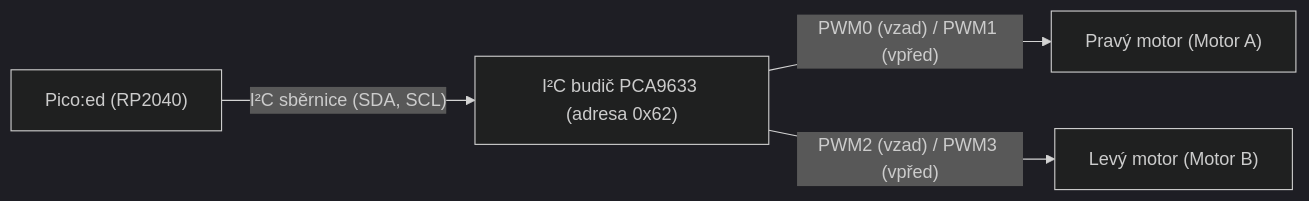
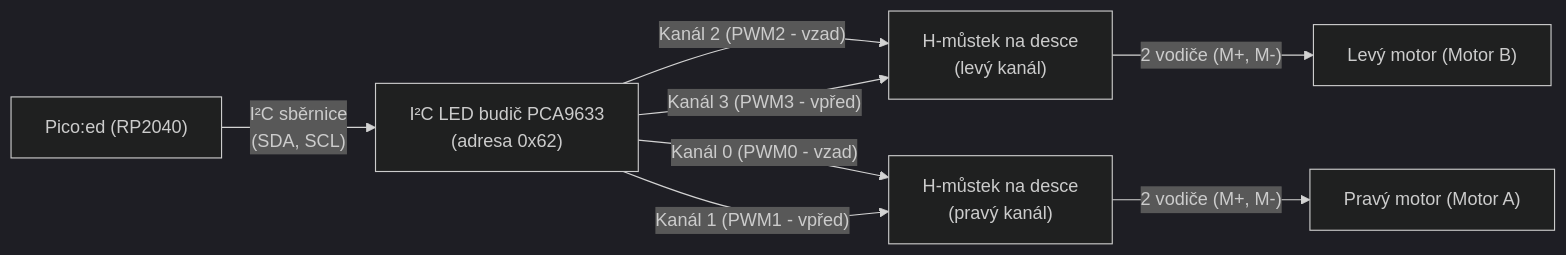
Before and after one commit to JanChaloupek/Navody_ZSaPR: the first of 2 diagrams in 5-ovladani-motoru.md, drawn with Mermaid (dark theme). The commit also changed other lines of this file and 2 other files, not shown here.

Commit message:
Zpresneni diagramu rizeni motoru (2 kanaly levy + 2 kanaly pravy) a vysvetleni instalace Mu Editoru

````diff
--- a/5-ovladani-motoru.md
+++ b/5-ovladani-motoru.md
@@ -32,6 +32,13 @@
 ```mermaid
 flowchart LR
-    MCU["Pico:ed (RP2040)"] -->|"I²C sběrnice (SDA, SCL)"| PCA["I²C budič PCA9633 (adresa 0x62)"]
-    PCA -->|"PWM0 (vzad) / PWM1 (vpřed)"| MA["Pravý motor (Motor A)"]
-    PCA -->|"PWM2 (vzad) / PWM3 (vpřed)"| MB["Levý motor (Motor B)"]
+    MCU["Pico:ed (RP2040)"] -->|"I²C sběrnice\n(SDA, SCL)"| PCA["I²C LED budič PCA9633\n(adresa 0x62)"]
+
+    PCA -->|"Kanál 2 (PWM2 - vzad)"| HB_L["H-můstek na desce\n(levý kanál)"]
+    PCA -->|"Kanál 3 (PWM3 - vpřed)"| HB_L
+    
+    PCA -->|"Kanál 0 (PWM0 - vzad)"| HB_R["H-můstek na desce\n(pravý kanál)"]
+    PCA -->|"Kanál 1 (PWM1 - vpřed)"| HB_R
+
+    HB_L -->|"2 vodiče (M+, M-)"| ML["Levý motor (Motor B)"]
+    HB_R -->|"2 vodiče (M+, M-)"| MR["Pravý motor (Motor A)"]
 ```
````
